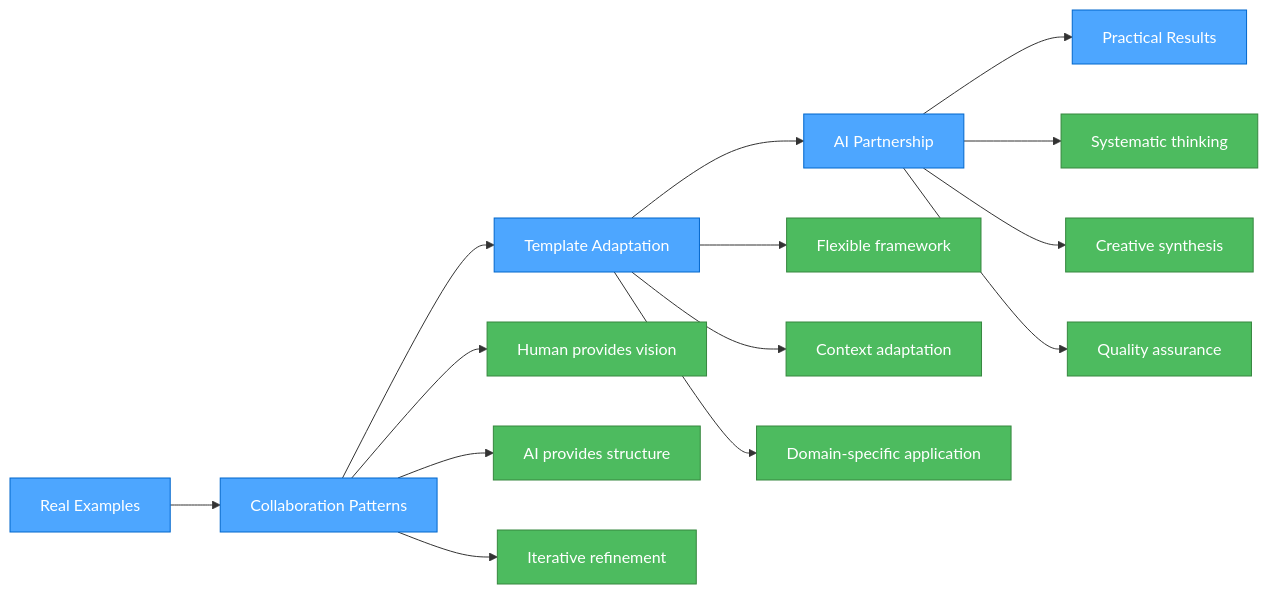
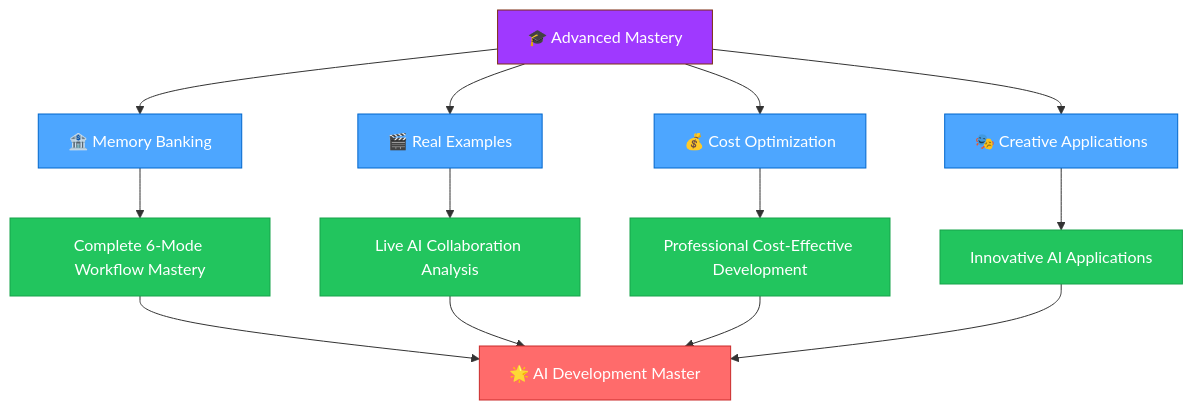
The sixth of 8 diagrams in README.md (giang6283623/cursor-tip), drawn with Mermaid before and after one commit. The commit also changed other lines of this file and 104 other files, not shown here.

````diff
--- a/README.md
+++ b/README.md
@@ -229,25 +334,27 @@
 ```mermaid
-graph LR
-    Examples[Real Examples] --> Patterns[Collaboration Patterns]
-    Patterns --> Template[Template Adaptation]
-    Template --> AI[AI Partnership]
-    AI --> Results[Practical Results]
-
-    Patterns --> P1[Human provides vision]
-    Patterns --> P2[AI provides structure]
-    Patterns --> P3[Iterative refinement]
-
-    Template --> T1[Flexible framework]
-    Template --> T2[Context adaptation]
-    Template --> T3[Domain-specific application]
-
-    AI --> A1[Systematic thinking]
-    AI --> A2[Creative synthesis]
-    AI --> A3[Quality assurance]
-
-    classDef main fill:#4da6ff,stroke:#0066cc,color:white
-    classDef detail fill:#4dbb5f,stroke:#36873f,color:white
-
-    class Examples,Patterns,Template,AI,Results main
-    class P1,P2,P3,T1,T2,T3,A1,A2,A3 detail
+graph TD
+    Master[🎓 Advanced Mastery] --> Memory[🏦 Memory Banking]
+    Master --> Examples[🎬 Real Examples]
+    Master --> Money[💰 Cost Optimization]
+    Master --> Creative[🎭 Creative Applications]
+    
+    Memory --> MemoryComplete[Complete 6-Mode Workflow Mastery]
+    Examples --> ExamplesComplete[Live AI Collaboration Analysis]
+    Money --> MoneyComplete[Professional Cost-Effective Development]
+    Creative --> CreativeComplete[Innovative AI Applications]
+    
+    MemoryComplete --> Ultimate[🌟 AI Development Master]
+    ExamplesComplete --> Ultimate
+    MoneyComplete --> Ultimate
+    CreativeComplete --> Ultimate
+    
+    classDef master fill:#9f39ff,stroke:#7c2d12,color:white
+    classDef component fill:#4da6ff,stroke:#0066cc,color:white
+    classDef complete fill:#22c55e,stroke:#16a34a,color:white
+    classDef ultimate fill:#ff6b6b,stroke:#c92a2a,color:white
+    
+    class Master master
+    class Memory,Examples,Money,Creative component
+    class MemoryComplete,ExamplesComplete,MoneyComplete,CreativeComplete complete
+    class Ultimate ultimate
 ```
````
